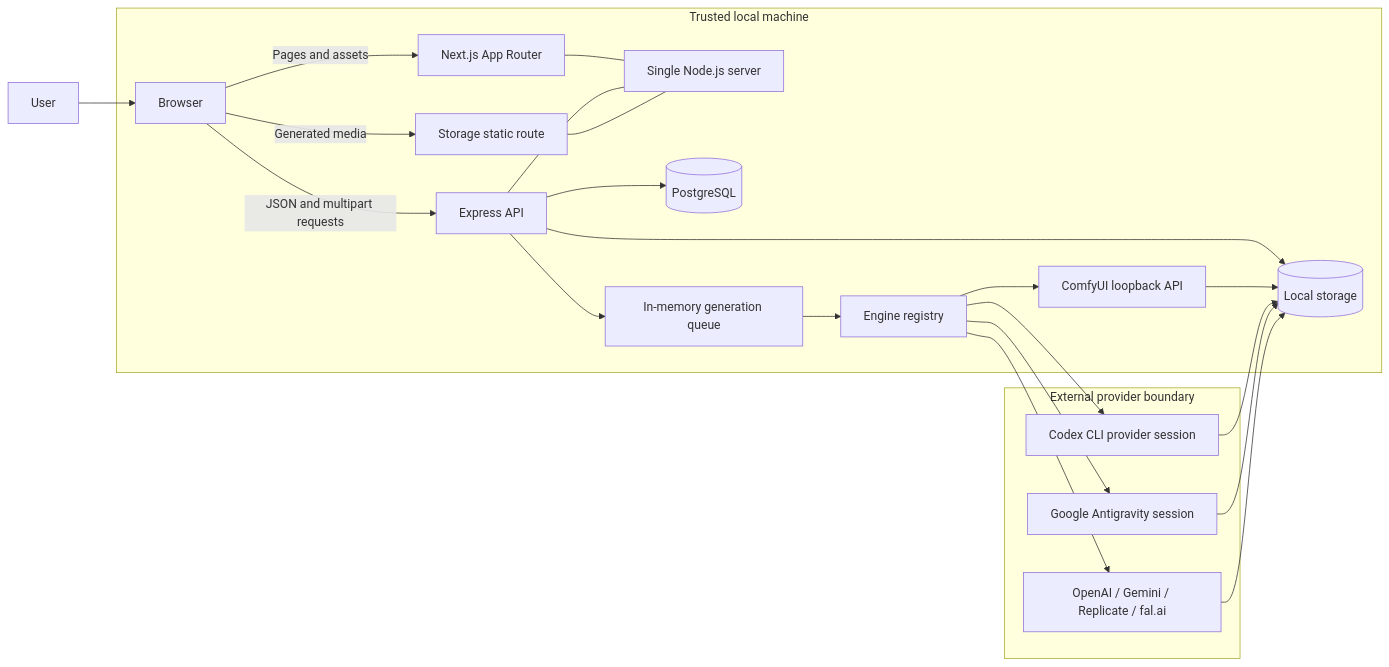
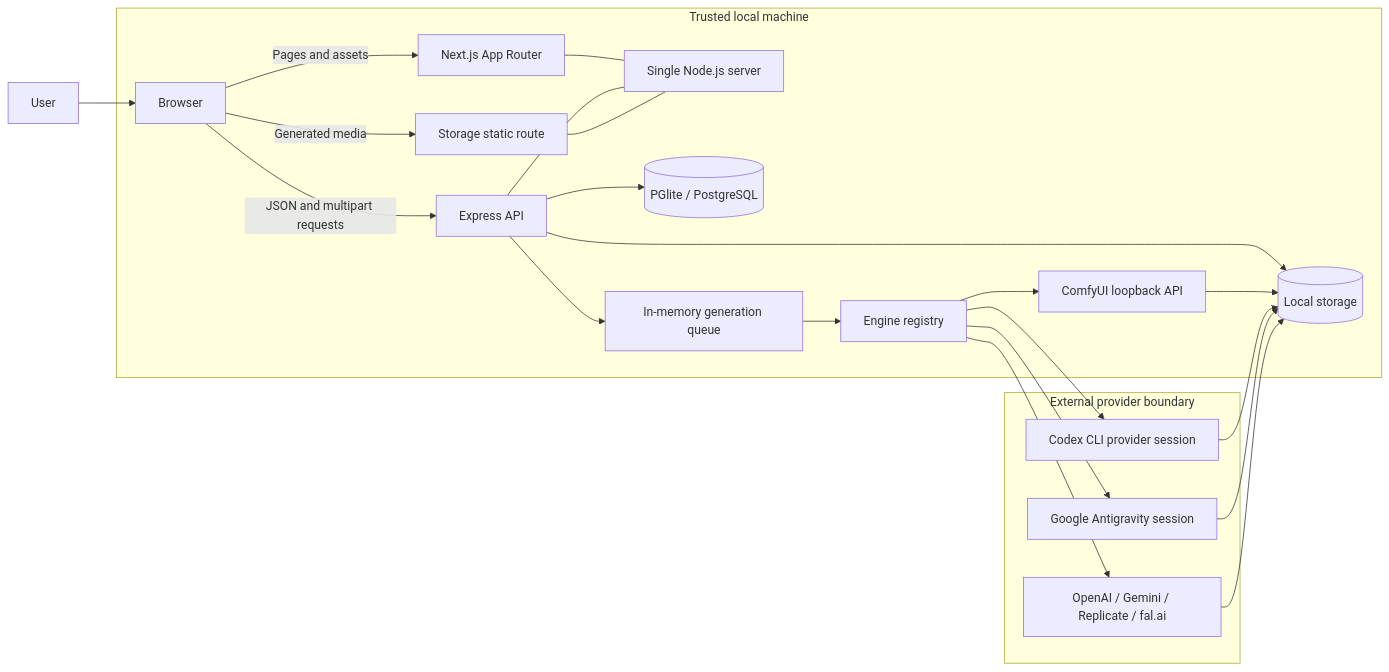
One commit to vishwakulkarni/PoseForge changed the first of 3 diagrams in ARCHITECTURE.md. Above: the diagram before and after it, drawn with Mermaid. The commit also changed other lines of this file and 37 other files, not shown here.

````diff
--- a/ARCHITECTURE.md
+++ b/ARCHITECTURE.md
@@ -40,31 +40,31 @@
 ```mermaid
 flowchart LR
   User[User] --> Browser[Browser]
 
   subgraph Local[Trusted local machine]
     Browser -->|Pages and assets| Next[Next.js App Router]
     Browser -->|JSON and multipart requests| API[Express API]
     Browser -->|Generated media| Static[Storage static route]
 
     Next --- Server[Single Node.js server]
     API --- Server
     Static --- Server
 
-    API --> DB[(PostgreSQL)]
+    API --> DB[(PGlite / PostgreSQL)]
     API --> Files[(Local storage)]
     API --> Queue[In-memory generation queue]
     Queue --> Registry[Engine registry]
     Registry --> Comfy[ComfyUI loopback API]
   end
 
   subgraph Providers[External provider boundary]
     Registry --> Codex[Codex CLI provider session]
     Registry --> Agy[Google Antigravity session]
     Registry --> APIs[OpenAI / Gemini / Replicate / fal.ai]
   end
 
   Comfy --> Files
   Codex --> Files
   Agy --> Files
   APIs --> Files
 ```
````
